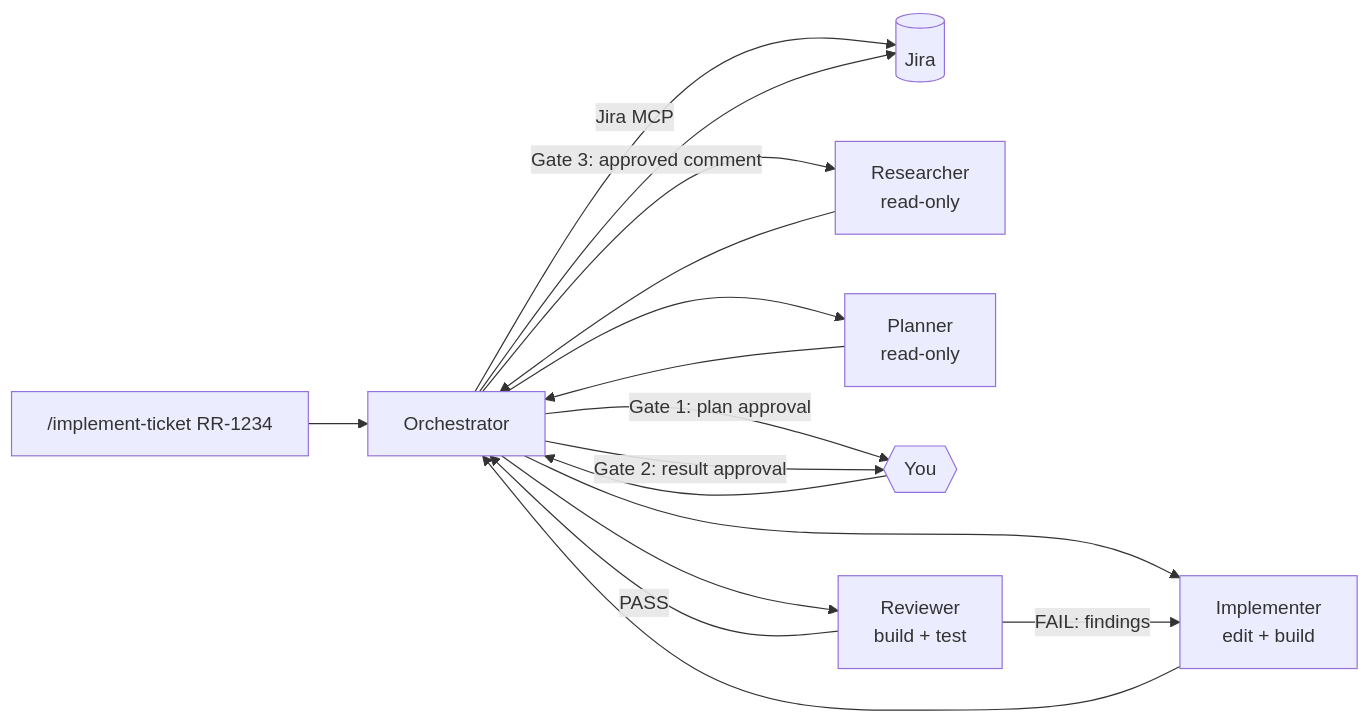
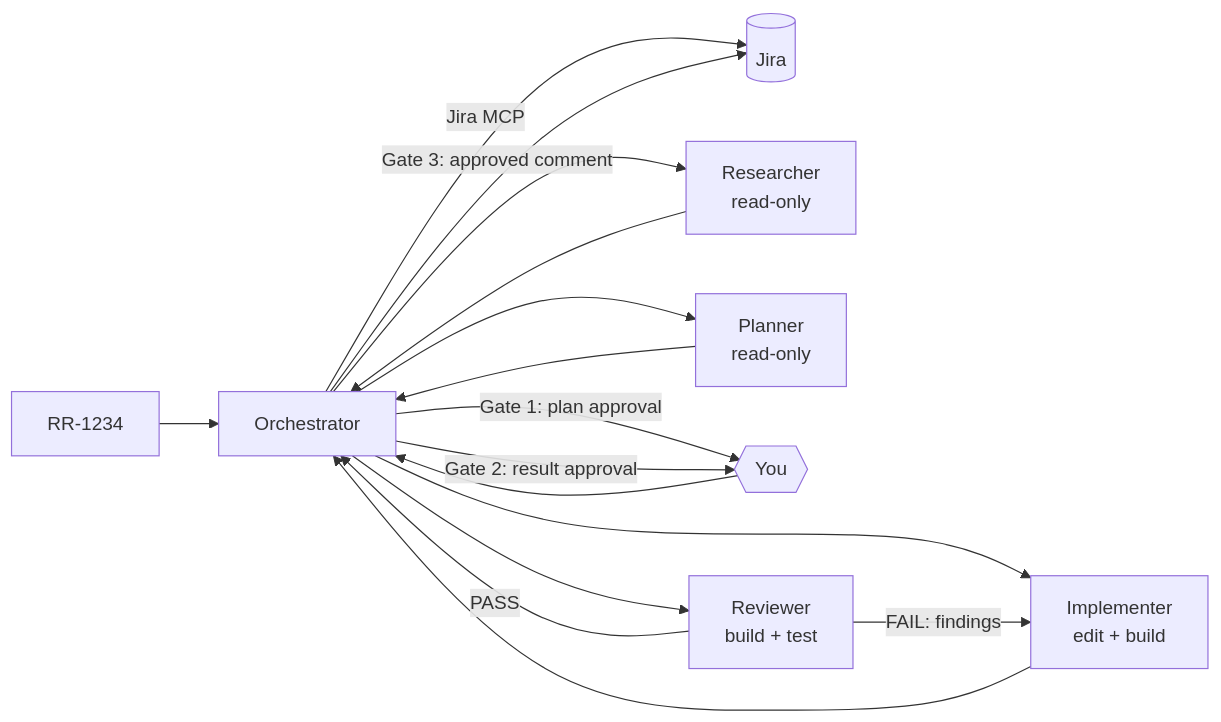
The diagram in README.md (Felix-Tiedemann/copilot-ticket-workflow), drawn with Mermaid before and after one commit. The commit also changed other lines of this file and 10 other files, not shown here.

````diff
--- a/README.md
+++ b/README.md
@@ -11,18 +15,18 @@
 ```mermaid
 flowchart LR
-    U["/implement-ticket RR-1234"] --> O[Orchestrator]
+    U["RR-1234"] --> O[Orchestrator]
     O -->|Jira MCP| J[(Jira)]
     O --> R[Researcher<br/>read-only]
     R --> O
     O --> P[Planner<br/>read-only]
     P --> O
     O -->|Gate 1: plan approval| H{{You}}
     H --> O
     O --> I[Implementer<br/>edit + build]
     I --> O
     O --> T[Reviewer<br/>build + test]
     T -->|FAIL: findings| I
     T -->|PASS| O
     O -->|Gate 2: result approval| H
     O -->|Gate 3: approved comment| J
 ```
````
